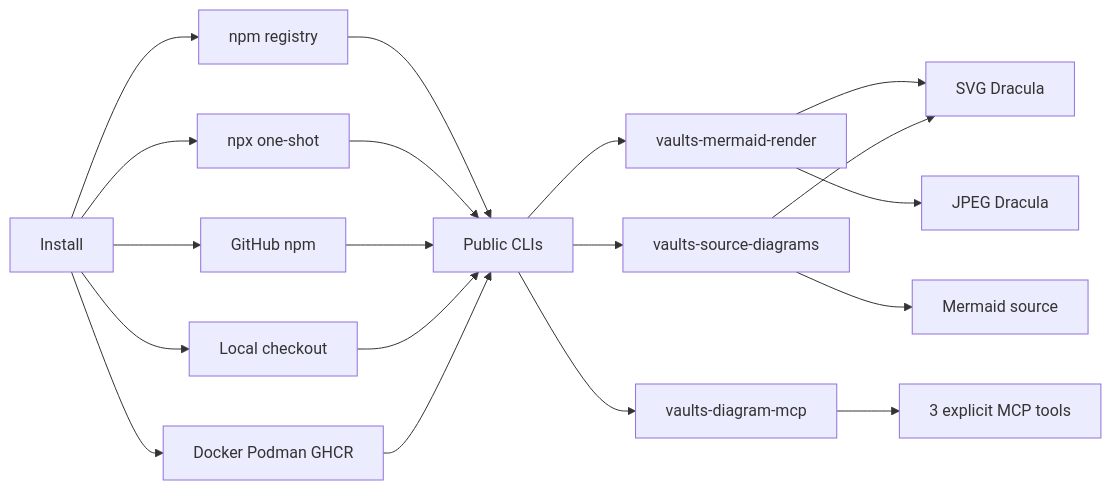
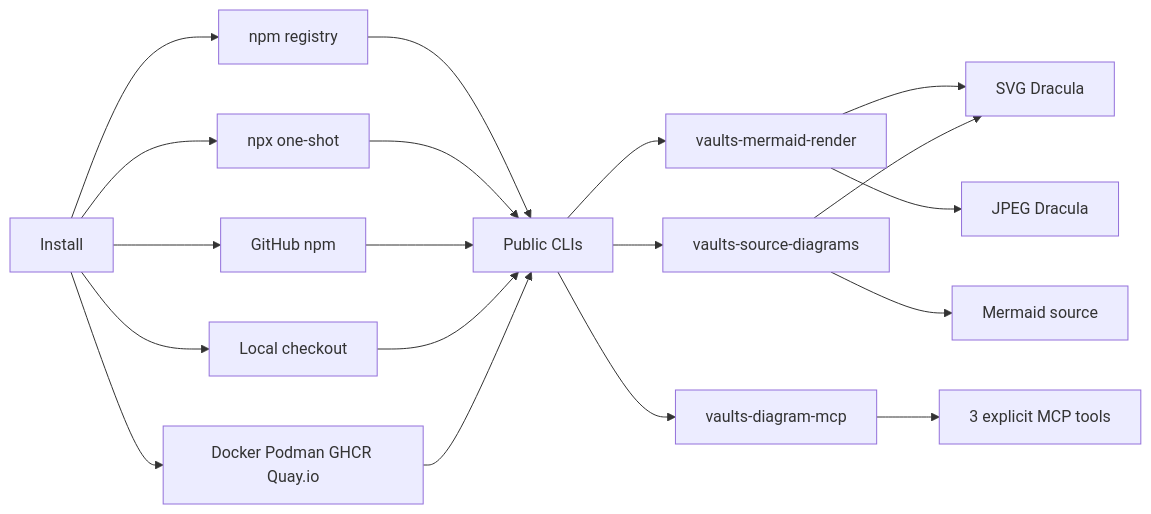
The first of 3 diagrams in README.md (Malnati/vaults-diagram-tools), drawn with Mermaid before and after one commit. The commit also changed other lines of this file and 34 other files, not shown here.

Commit message:
docs: add Quay Podman image and brand assets

````diff
--- a/README.md
+++ b/README.md
@@ -216,24 +234,24 @@
 ```mermaid
 flowchart LR
   Install["Install"] --> Npm["npm registry"]
   Install --> Npx["npx one-shot"]
   Install --> GitHub["GitHub npm"]
   Install --> Local["Local checkout"]
-  Install --> Container["Docker Podman GHCR"]
+  Install --> Container["Docker Podman GHCR Quay.io"]
 
   Npm --> Cli["Public CLIs"]
   Npx --> Cli
   GitHub --> Cli
   Local --> Cli
   Container --> Cli
 
   Cli --> Render["vaults-mermaid-render"]
   Cli --> Source["vaults-source-diagrams"]
   Cli --> Mcp["vaults-diagram-mcp"]
 
   Render --> Svg["SVG Dracula"]
   Render --> Jpg["JPEG Dracula"]
   Source --> Mermaid["Mermaid source"]
   Source --> Svg
   Mcp --> Tools["3 explicit MCP tools"]
 ```
````
